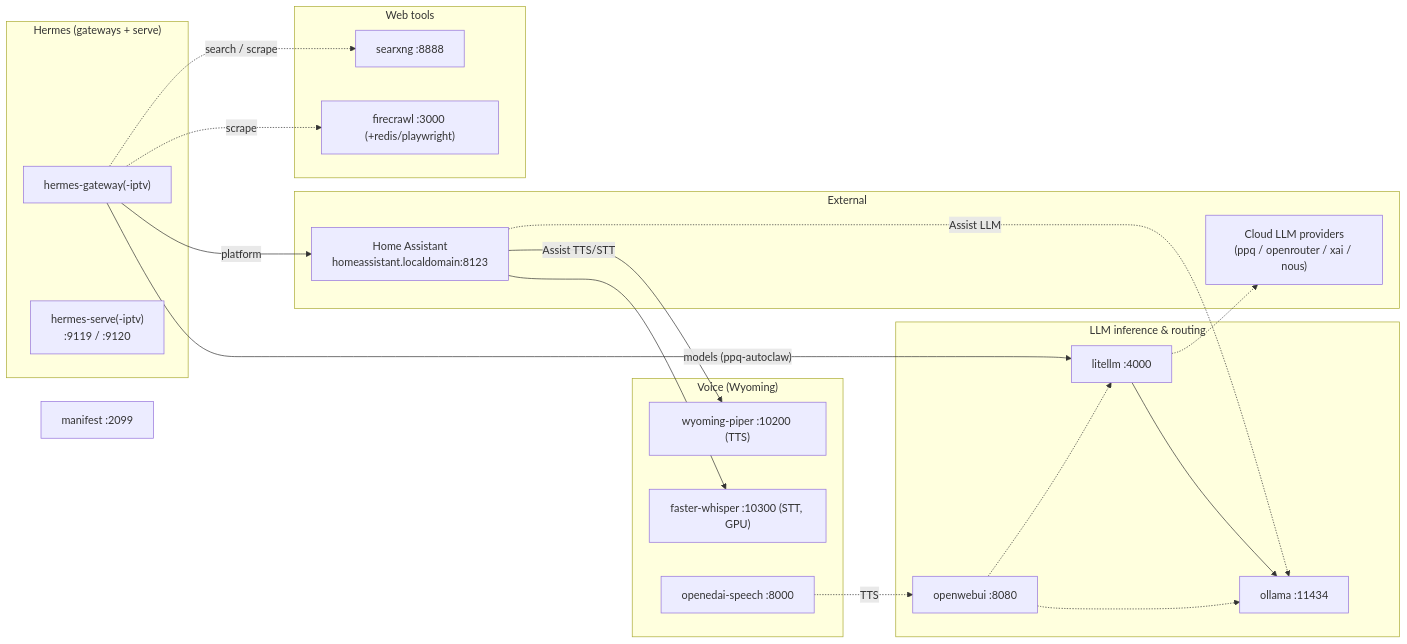
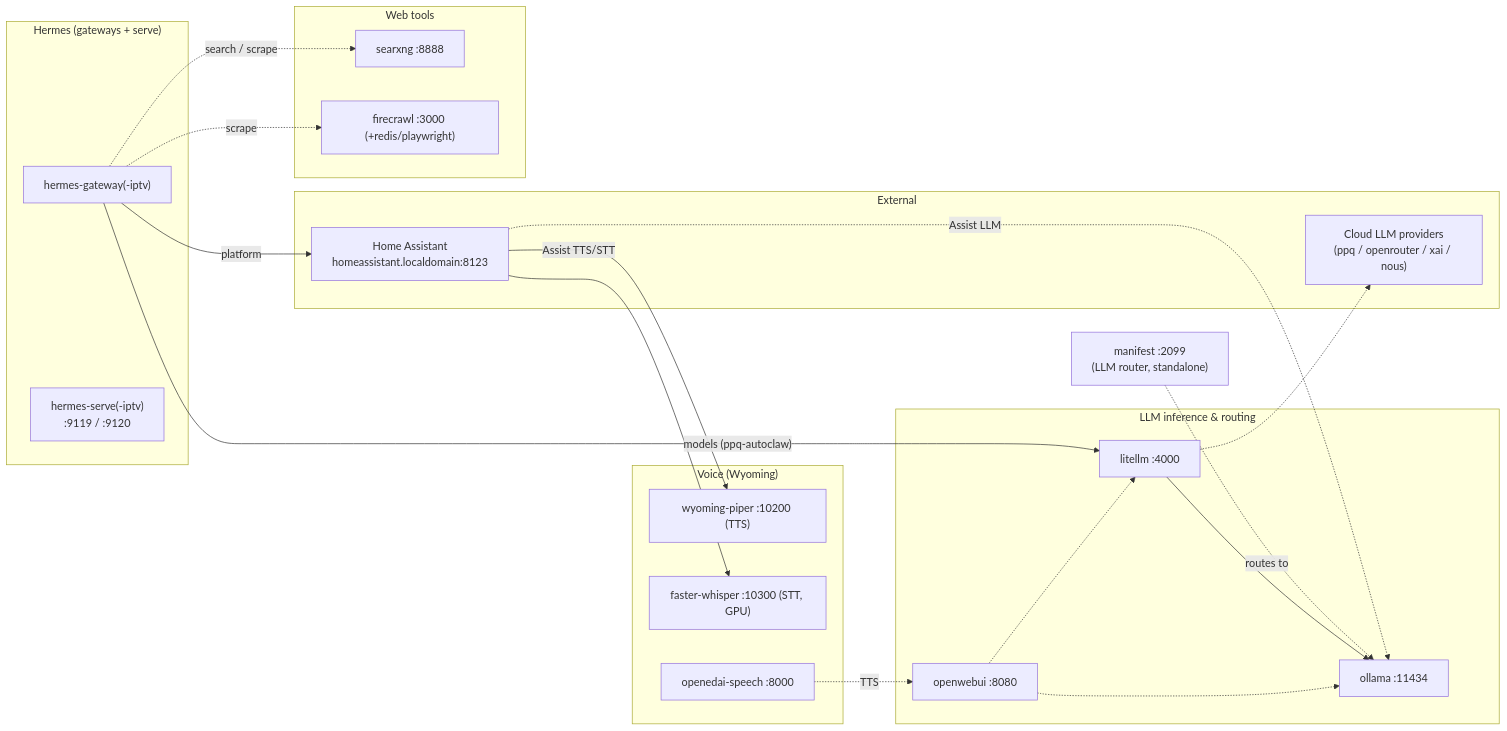
Before and after one commit to brandon-btcgroup/hermes-agent: the second of 2 diagrams in docs/ai-server-architecture.md, drawn with Mermaid. The commit also changed other lines of this file, not shown here.

First line of the commit message:
docs(ai-server): correct manifest (LLM router) + auth/recovery ops note

````diff
--- a/docs/ai-server-architecture.md
+++ b/docs/ai-server-architecture.md
@@ -204,44 +204,45 @@
 ```mermaid
 flowchart LR
     subgraph ext["External"]
         ha["Home Assistant<br/>homeassistant.localdomain:8123"]
         cloud["Cloud LLM providers<br/>(ppq / openrouter / xai / nous)"]
     end
 
     subgraph hermes["Hermes (gateways + serve)"]
         gw["hermes-gateway(-iptv)"]
         serve["hermes-serve(-iptv)<br/>:9119 / :9120"]
     end
 
     subgraph llm["LLM inference & routing"]
         litellm["litellm :4000"]
         ollama["ollama :11434"]
         owui["openwebui :8080"]
     end
 
     subgraph voice["Voice (Wyoming)"]
         piper["wyoming-piper :10200 (TTS)"]
         whisper["faster-whisper :10300 (STT, GPU)"]
         oai_speech["openedai-speech :8000"]
     end
 
     subgraph websub["Web tools"]
         searxng["searxng :8888"]
         firecrawl["firecrawl :3000 (+redis/playwright)"]
     end
 
-    manifest["manifest :2099"]
+    manifest["manifest :2099<br/>(LLM router, standalone)"]
 
     gw -->|"models (ppq-autoclaw)"| litellm
+    manifest -.->|"routes to"| ollama
     litellm --> ollama
     litellm -.-> cloud
     gw -.->|"search / scrape"| searxng
     gw -.->|"scrape"| firecrawl
     gw -->|"platform"| ha
     owui -.-> ollama
     owui -.-> litellm
     ha -->|"Assist TTS/STT"| piper
     ha --> whisper
     ha -.->|"Assist LLM"| ollama
     oai_speech -.->|"TTS"| owui
 ```
````
